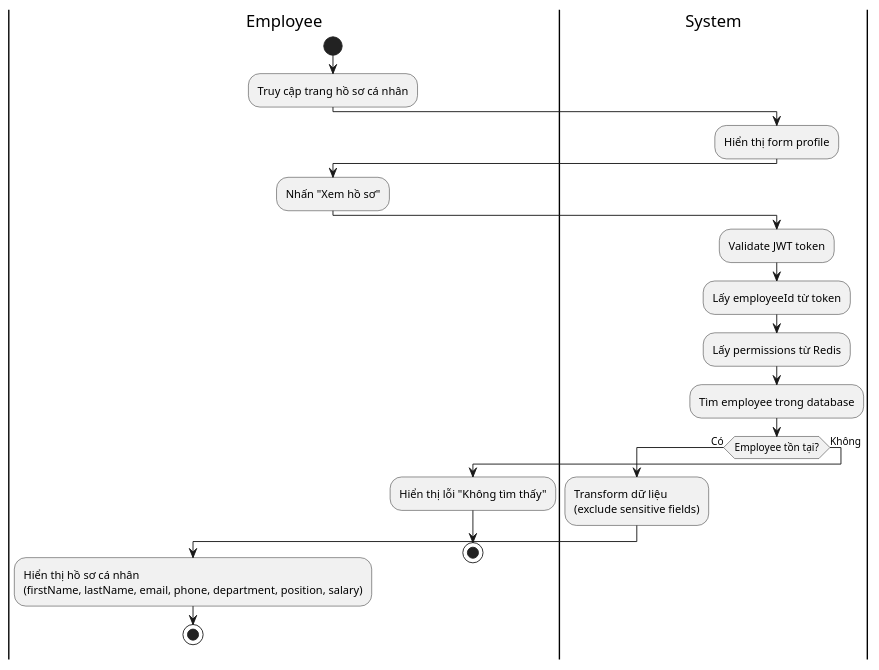
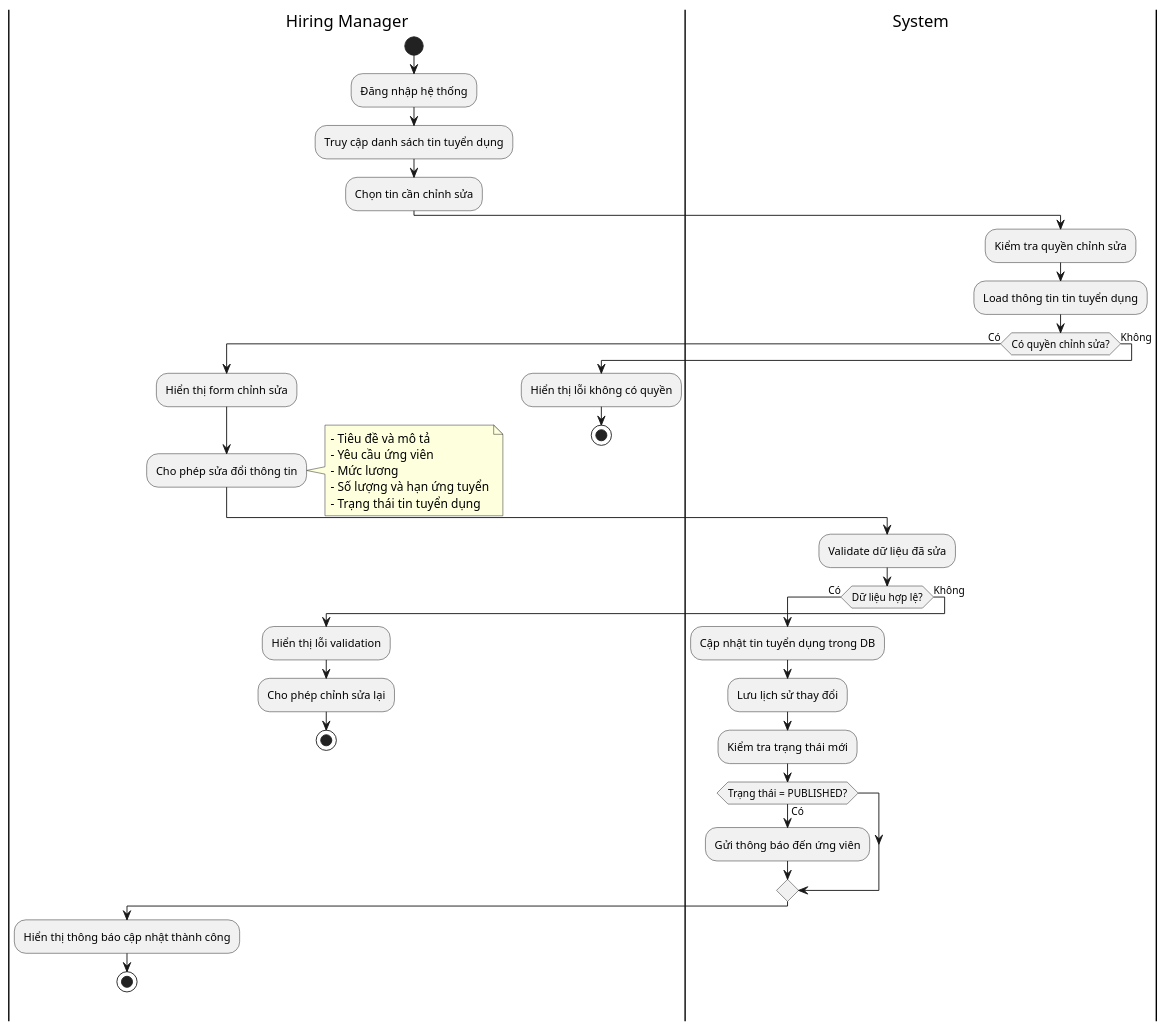
Before and after one commit to felix-253/TechLeet-server: the diagram in sequence/UC-04/UC-04-activity-diagram.wsd, drawn with PlantUML. The commit also changed 30 other files, not shown here.

```diff
--- a/sequence/UC-04/UC-04-activity-diagram.wsd
+++ b/sequence/UC-04/UC-04-activity-diagram.wsd
@@ -1,28 +1,52 @@
-@startuml UC-04: Xem hồ sơ cá nhân
+@startuml UC-04: Cập nhật thông tin tuyển dụng
 
-|Employee|
+|Hiring Manager|
 start
-:Truy cập trang hồ sơ cá nhân;
+:Đăng nhập hệ thống;
+:Truy cập danh sách tin tuyển dụng;
+:Chọn tin cần chỉnh sửa;
+
 |System|
-:Hiển thị form profile;
+:Kiểm tra quyền chỉnh sửa;
+:Load thông tin tin tuyển dụng;
 
-|Employee|
-:Nhấn "Xem hồ sơ";
-|System|
-:Validate JWT token;
-:Lấy employeeId từ token;
-:Lấy permissions từ Redis;
-:Tìm employee trong database;
-
-if (Employee tồn tại?) then (Có)
-  :Transform dữ liệu\n(exclude sensitive fields);
-  |Employee|
-  :Hiển thị hồ sơ cá nhân\n(firstName, lastName, email, phone, department, position, salary);
-  stop
+if (Có quyền chỉnh sửa?) then (Có)
+  |Hiring Manager|
+  :Hiển thị form chỉnh sửa;
+  :Cho phép sửa đổi thông tin;
+  note right
+    - Tiêu đề và mô tả
+    - Yêu cầu ứng viên
+    - Mức lương
+    - Số lượng và hạn ứng tuyển
+    - Trạng thái tin tuyển dụng
+  end note
+  
+  |System|
+  :Validate dữ liệu đã sửa;
+  
+  if (Dữ liệu hợp lệ?) then (Có)
+    :Cập nhật tin tuyển dụng trong DB;
+    :Lưu lịch sử thay đổi;
+    :Kiểm tra trạng thái mới;
+    
+    if (Trạng thái = PUBLISHED?) then (Có)
+      :Gửi thông báo đến ứng viên;
+    endif
+    
+    |Hiring Manager|
+    :Hiển thị thông báo cập nhật thành công;
+    stop
+  else (Không)
+    |Hiring Manager|
+    :Hiển thị lỗi validation;
+    :Cho phép chỉnh sửa lại;
+    stop
+  endif
 else (Không)
-  |Employee|
-  :Hiển thị lỗi "Không tìm thấy";
+  |Hiring Manager|
+  :Hiển thị lỗi không có quyền;
   stop
 endif
 
 @enduml
```
